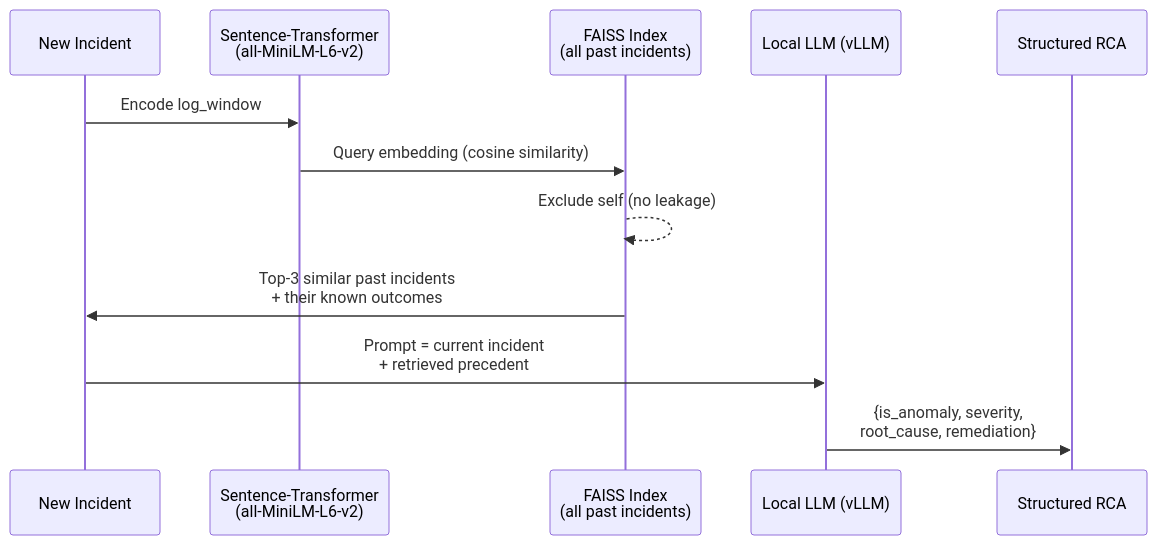
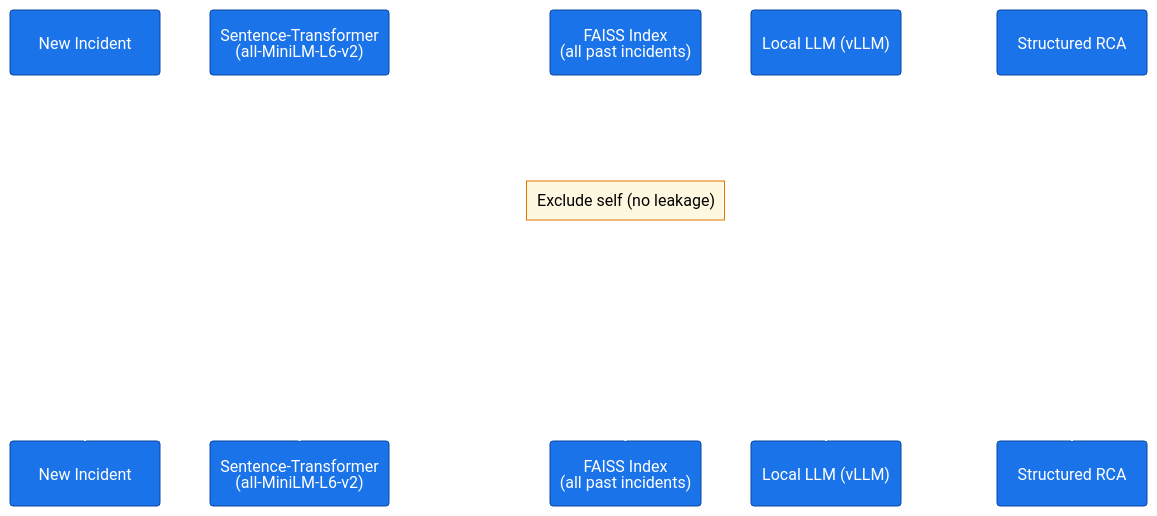
Before and after one commit to rpaut03l/tricalrag-llm-gpu-aiops: the second of 6 diagrams in README.md, drawn with Mermaid. The commit also changed other lines of this file, not shown here.

````diff
--- a/README.md
+++ b/README.md
@@ -74,15 +81,16 @@
 ```mermaid
+%%{init: {'theme': 'base', 'themeVariables': { 'primaryColor': '#1a73e8', 'primaryTextColor': '#ffffff', 'primaryBorderColor': '#0d47a1', 'lineColor': '#ffffff', 'actorBkg': '#1a73e8', 'actorTextColor': '#ffffff', 'actorBorder': '#0d47a1', 'actorLineColor': '#ffffff', 'signalColor': '#ffffff', 'signalTextColor': '#ffffff', 'noteBkgColor': '#fff8e1', 'noteTextColor': '#000000', 'noteBorderColor': '#e37400', 'sequenceNumberColor': '#000000' }}}%%
 sequenceDiagram
     participant Inc as New Incident
     participant Emb as Sentence-Transformer<br/>(all-MiniLM-L6-v2)
     participant Idx as FAISS Index<br/>(all past incidents)
     participant LLM as Local LLM (vLLM)
     participant Out as Structured RCA
 
     Inc->>Emb: Encode log_window
     Emb->>Idx: Query embedding (cosine similarity)
-    Idx-->>Idx: Exclude self (no leakage)
+    Note over Idx: Exclude self (no leakage)
     Idx->>Inc: Top-3 similar past incidents<br/>+ their known outcomes
     Inc->>LLM: Prompt = current incident<br/>+ retrieved precedent
     LLM->>Out: {is_anomaly, severity,<br/>root_cause, remediation}
 ```
````
